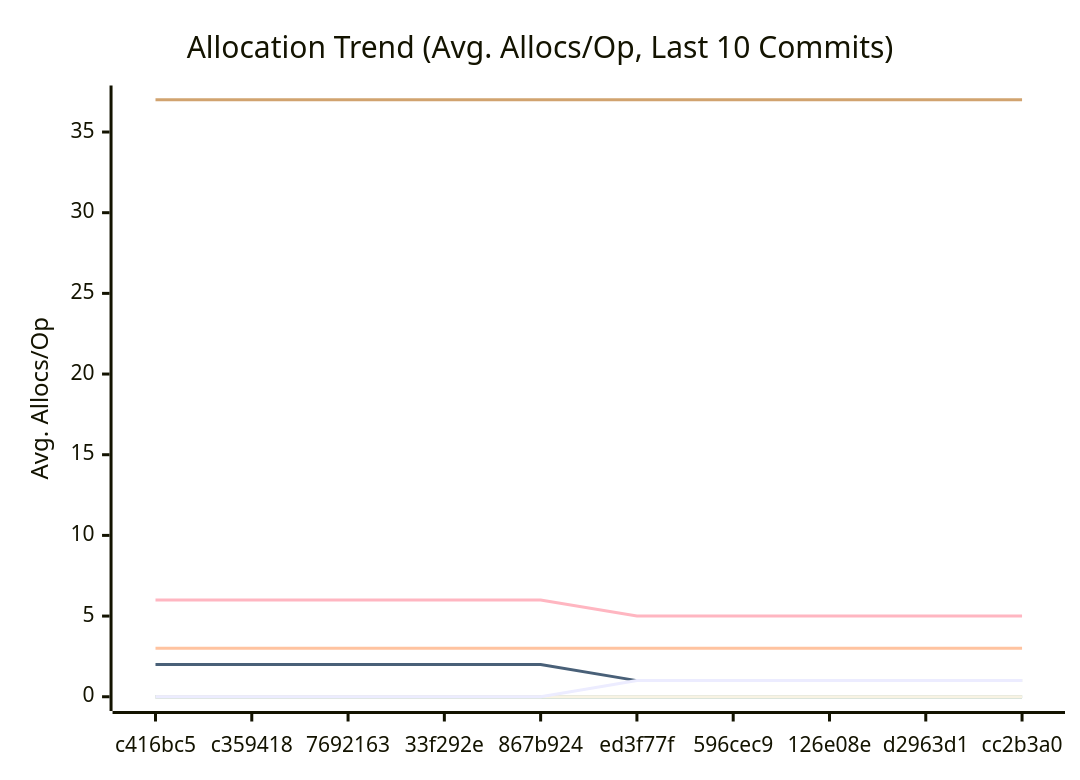
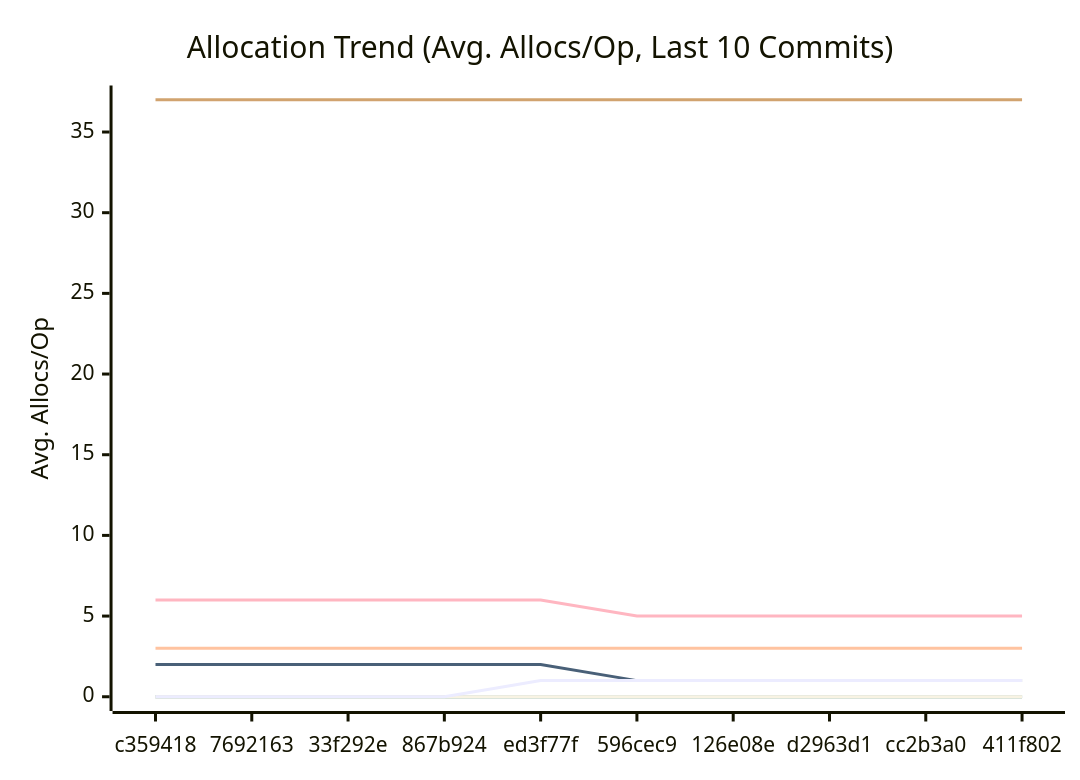
Before and after one commit to alsotoes/momo: the third of 3 diagrams in docs/PERFORMANCE.md, drawn with Mermaid. The commit also changed other lines of this file and 4 other files, not shown here.

````diff
--- a/docs/PERFORMANCE.md
+++ b/docs/PERFORMANCE.md
@@ -176,18 +176,18 @@
 ```mermaid
 xychart-beta
     title "Allocation Trend (Avg. Allocs/Op, Last 10 Commits)"
     x-axis "Commit"
     y-axis "Avg. Allocs/Op"
-    x-axis [c416bc5,c359418,7692163,33f292e,867b924,ed3f77f,596cec9,126e08e,d2963d1,cc2b3a0]
+    x-axis [c359418,7692163,33f292e,867b924,ed3f77f,596cec9,126e08e,d2963d1,cc2b3a0,411f802]
     line "CheckMetricsAndSwap" [0,0,0,0,0,0,0,0,0,0]
     line "CrushOptimized" [0,0,0,0,0,0,0,0,0,0]
     line "CrushOriginal" [3,3,3,3,3,3,3,3,3,3]
     line "IndexDirectTracking" [0,0,0,0,0,0,0,0,0,0]
     line "IndexSearch" [0,0,0,0,0,0,0,0,0,0]
     line "LoadGlobalConfig" [37,37,37,37,37,37,37,37,37,37]
     line "PadString" [0,0,0,0,0,0,0,0,0,0]
     line "ParseReplicationOrder_NoPrealloc" [6,6,6,6,6,5,5,5,5,5]
     line "ParseReplicationOrder_Prealloc" [2,2,2,2,2,1,1,1,1,1]
     line "SanitizeLog/Safe" [0,0,0,0,0,0,0,0,0,0]
-    line "SanitizeLog/Unsafe" [0,0,0,0,0,1,1,1,1,1]
+    line "SanitizeLog/Unsafe" [0,0,0,0,1,1,1,1,1,1]
 ```
````
